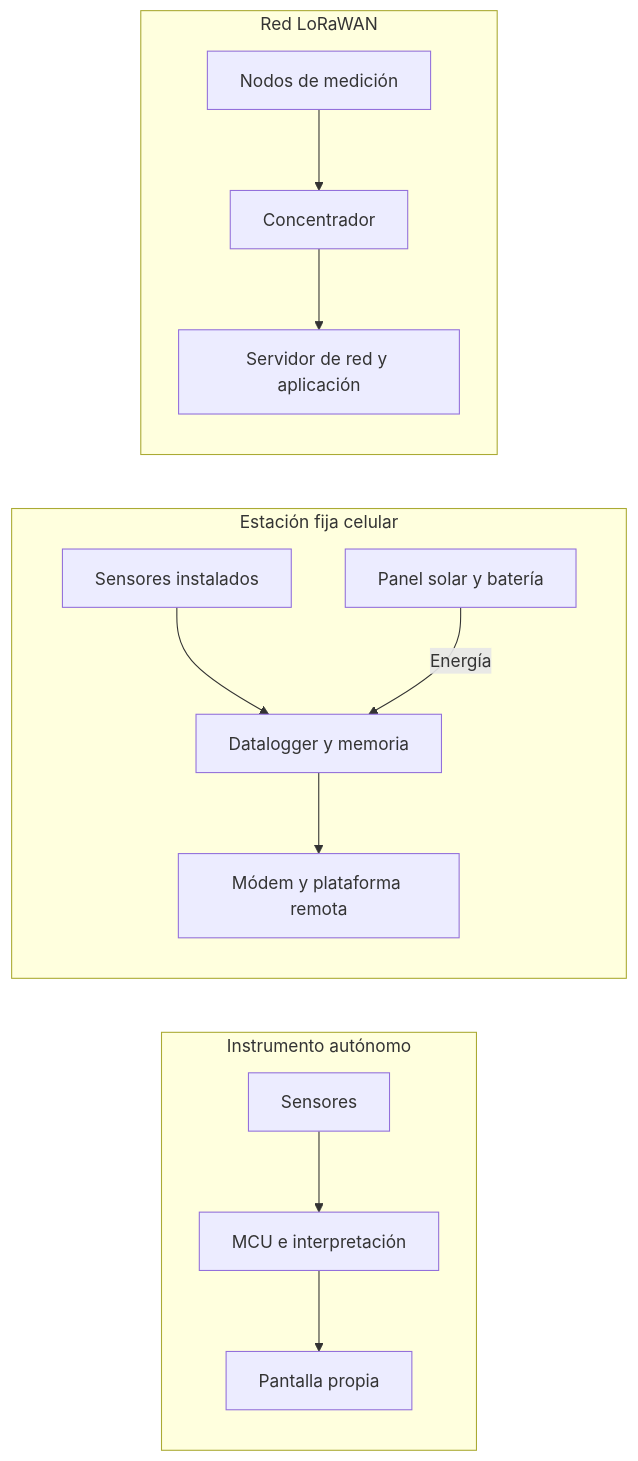
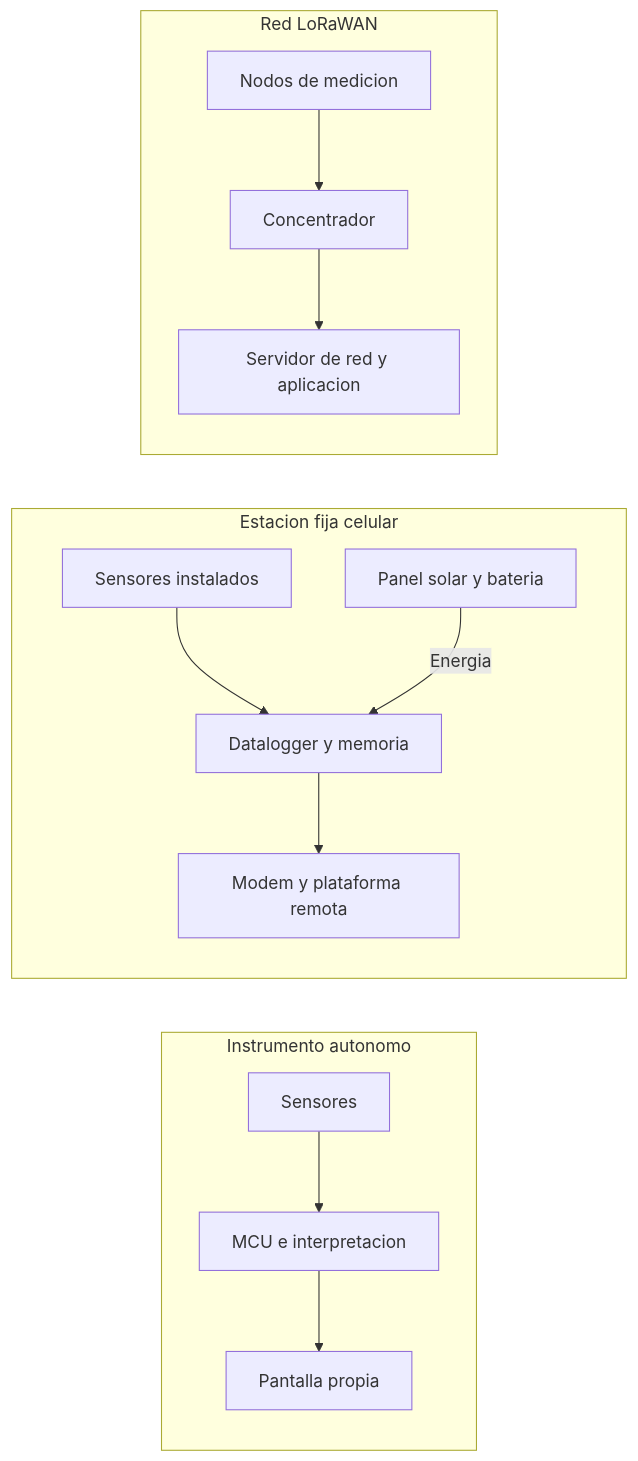
The first of 11 diagrams in docs/INFORME 1 .docx.md (Alvarinhoooo7/TerraSence), drawn with Mermaid before and after one commit. The commit also changed other lines of this file and 12 other files, not shown here.

````diff
--- a/docs/INFORME 1 .docx.md
+++ b/docs/INFORME 1 .docx.md
@@ -193,16 +400,16 @@
 ```mermaid
 flowchart LR
-    subgraph A[Instrumento autónomo]
-        A1[Sensores] --> A2[MCU e interpretación]
+    subgraph A[Instrumento autonomo]
+        A1[Sensores] --> A2[MCU e interpretacion]
         A2 --> A3[Pantalla propia]
     end
-    subgraph B[Estación fija celular]
+    subgraph B[Estacion fija celular]
         B1[Sensores instalados] --> B2[Datalogger y memoria]
-        B3[Panel solar y batería] -->|Energía| B2
-        B2 --> B4[Módem y plataforma remota]
+        B3[Panel solar y bateria] -->|Energia| B2
+        B2 --> B4[Modem y plataforma remota]
     end
     subgraph C[Red LoRaWAN]
-        C1[Nodos de medición] --> C2[Concentrador]
-        C2 --> C3[Servidor de red y aplicación]
+        C1[Nodos de medicion] --> C2[Concentrador]
+        C2 --> C3[Servidor de red y aplicacion]
     end
 ```
````
